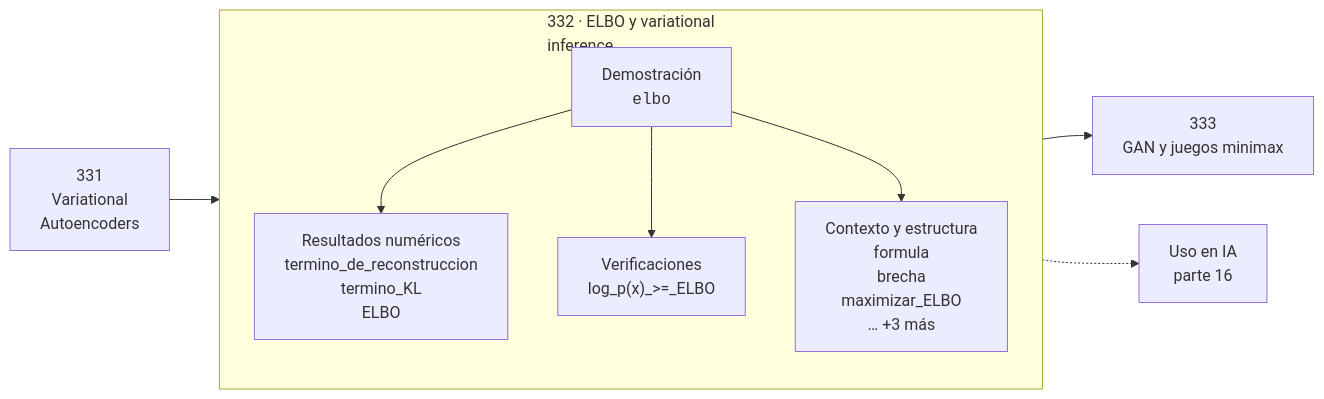
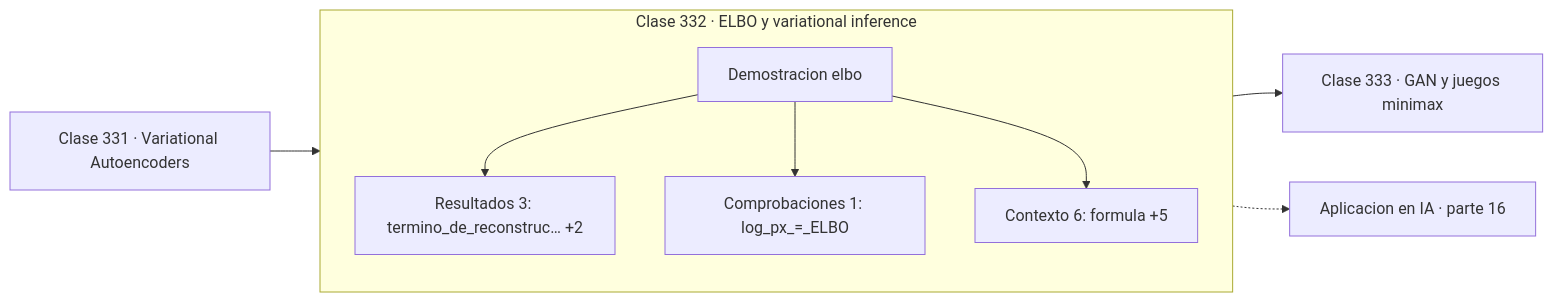
One commit to vladimiracunadev-create/computational-mathematics-program changed the diagram in classes/part-16-matematica-de-transformers-modelos-generativos-grafos-y-rl/332-elbo-y-variational-inference/README.md. Above: the diagram before and after it, drawn with Mermaid. The commit also changed 389 other files, not shown here.

First line of the commit message:
fix(diagramas): elimina el HTML de las etiquetas Mermaid

````diff
--- a/classes/part-16-matematica-de-transformers-modelos-generativos-grafos-y-rl/332-elbo-y-variational-inference/README.md
+++ b/classes/part-16-matematica-de-transformers-modelos-generativos-grafos-y-rl/332-elbo-y-variational-inference/README.md
@@ -30,12 +30,13 @@
 ```mermaid
 flowchart LR
-    P["331<br/>Variational<br/>Autoencoders"] --> C
-    subgraph C["332 · ELBO y variational<br/>inference"]
+    P["Clase 331 · Variational Autoencoders"] --> D
+    subgraph CLASE["Clase 332 · ELBO y variational inference"]
         direction TB
-        D["Demostración<br/><code>elbo</code>"] --> R["Resultados numéricos<br/>termino_de_reconstruccion<br/>termino_KL<br/>ELBO"]
-        D --> V["Verificaciones<br/>log_p(x)_>=_ELBO"]
-        D --> O["Contexto y estructura<br/>formula<br/>brecha<br/>maximizar_ELBO<br/>… +3 más"]
+        D["Demostracion elbo"]
+        D --> R["Resultados 3: termino_de_reconstruc… +2"]
+        D --> V["Comprobaciones 1: log_px_=_ELBO"]
+        D --> O["Contexto 6: formula +5"]
     end
-    C --> N["333<br/>GAN y juegos minimax"]
-    C -.-> IA["Uso en IA<br/>parte 16"]
+    R --> N["Clase 333 · GAN y juegos minimax"]
+    V -.-> IA["Aplicacion en IA · parte 16"]
 ```
````
